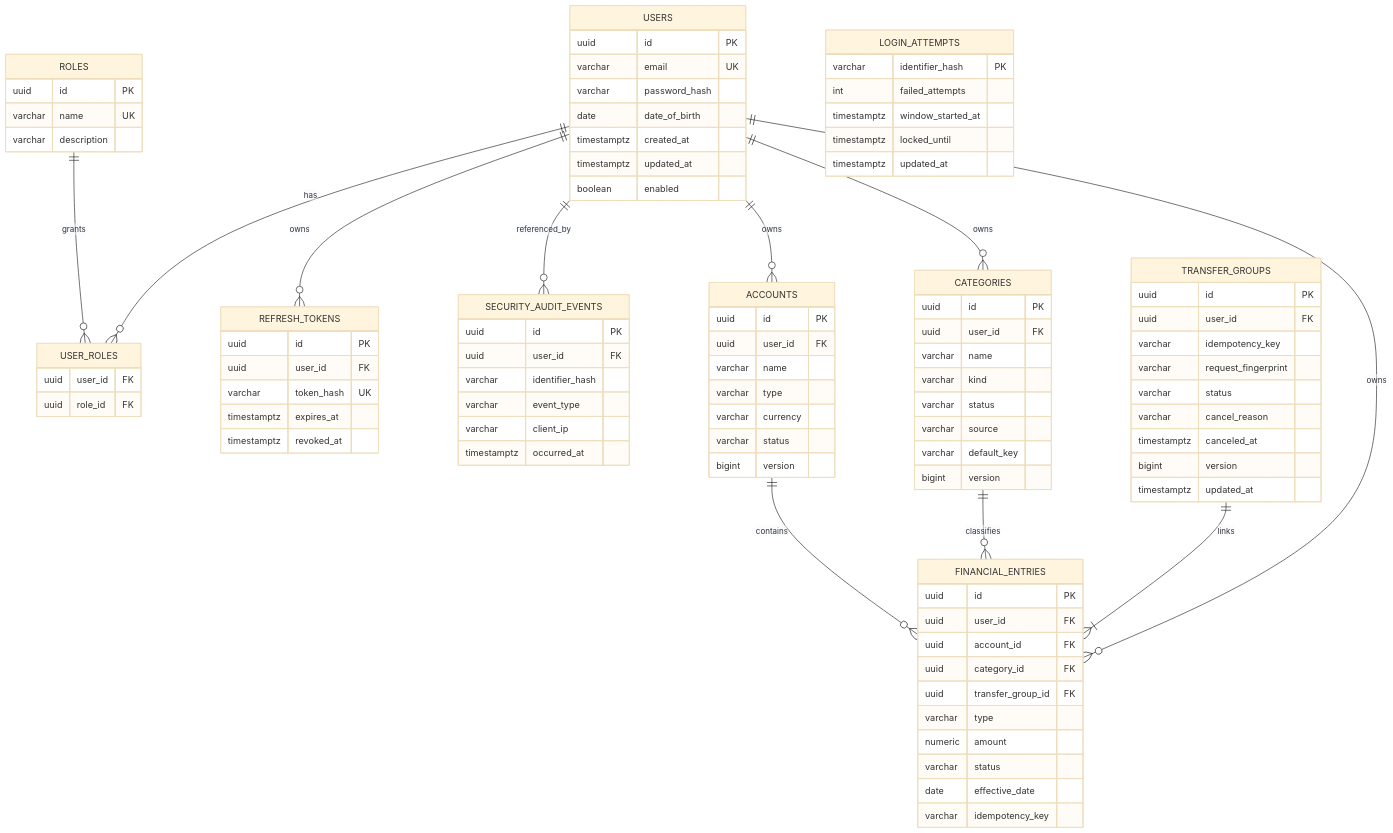
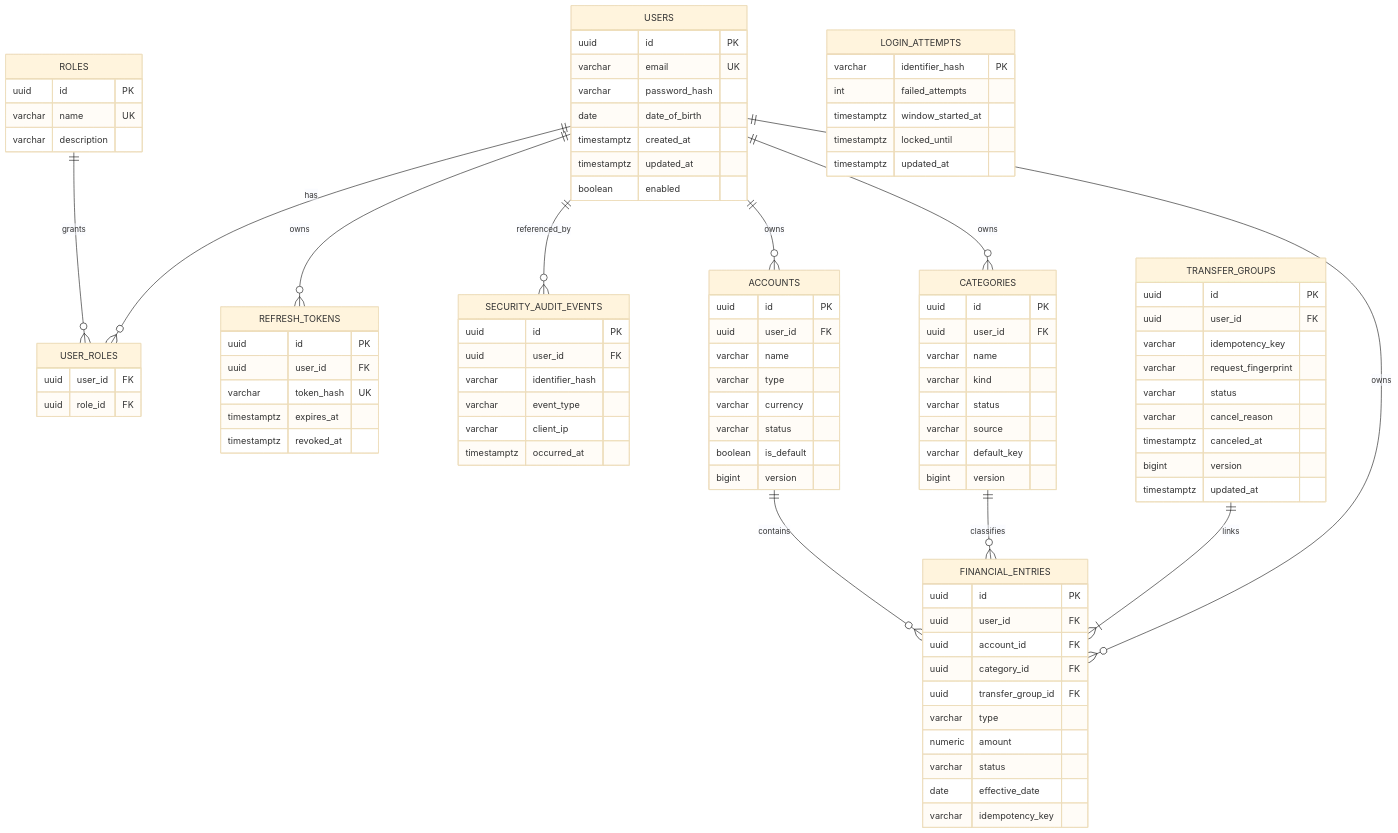
The diagram in docs/BANCO_DE_DADOS.md (CaueWeber22/cointrol-backend), drawn with Mermaid (base theme) before and after one commit. The commit also changed other lines of this file and 21 other files, not shown here.

```diff
--- a/docs/BANCO_DE_DADOS.md
+++ b/docs/BANCO_DE_DADOS.md
@@ -87,6 +88,7 @@
         varchar type
         varchar currency
         varchar status
+        boolean is_default
         bigint version
     }
     CATEGORIES {
```
